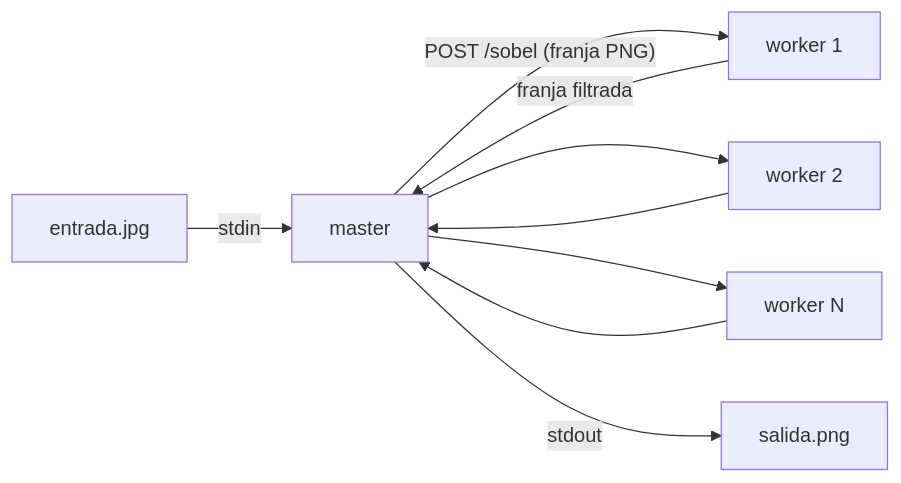
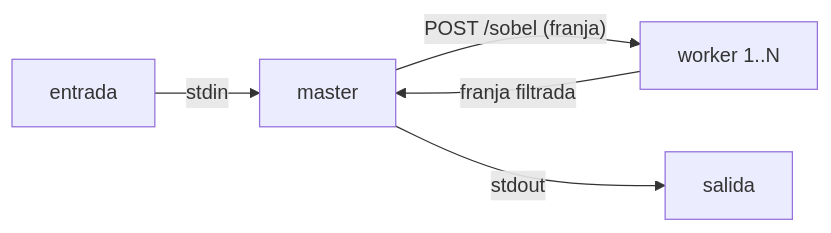
Before and after one commit to chimera-sdypp/sdypp_tp3: the diagram in hit1/README.md, drawn with Mermaid. The commit also changed other lines of this file, not shown here.

````diff
--- a/hit1/README.md
+++ b/hit1/README.md
@@ -21,11 +18,4 @@
 ```mermaid
 flowchart LR
-    E[entrada.jpg] -->|stdin| M[master]
-    M -->|"POST /sobel (franja PNG)"| W1[worker 1]
-    M --> W2[worker 2]
-    M --> WN[worker N]
-    W1 -->|franja filtrada| M
-    W2 --> M
-    WN --> M
-    M -->|stdout| S[salida.png]
+    E[entrada] -->|stdin| M[master] -->|"POST /sobel (franja)"| W[worker 1..N] -->|franja filtrada| M -->|stdout| S[salida]
 ```
````
